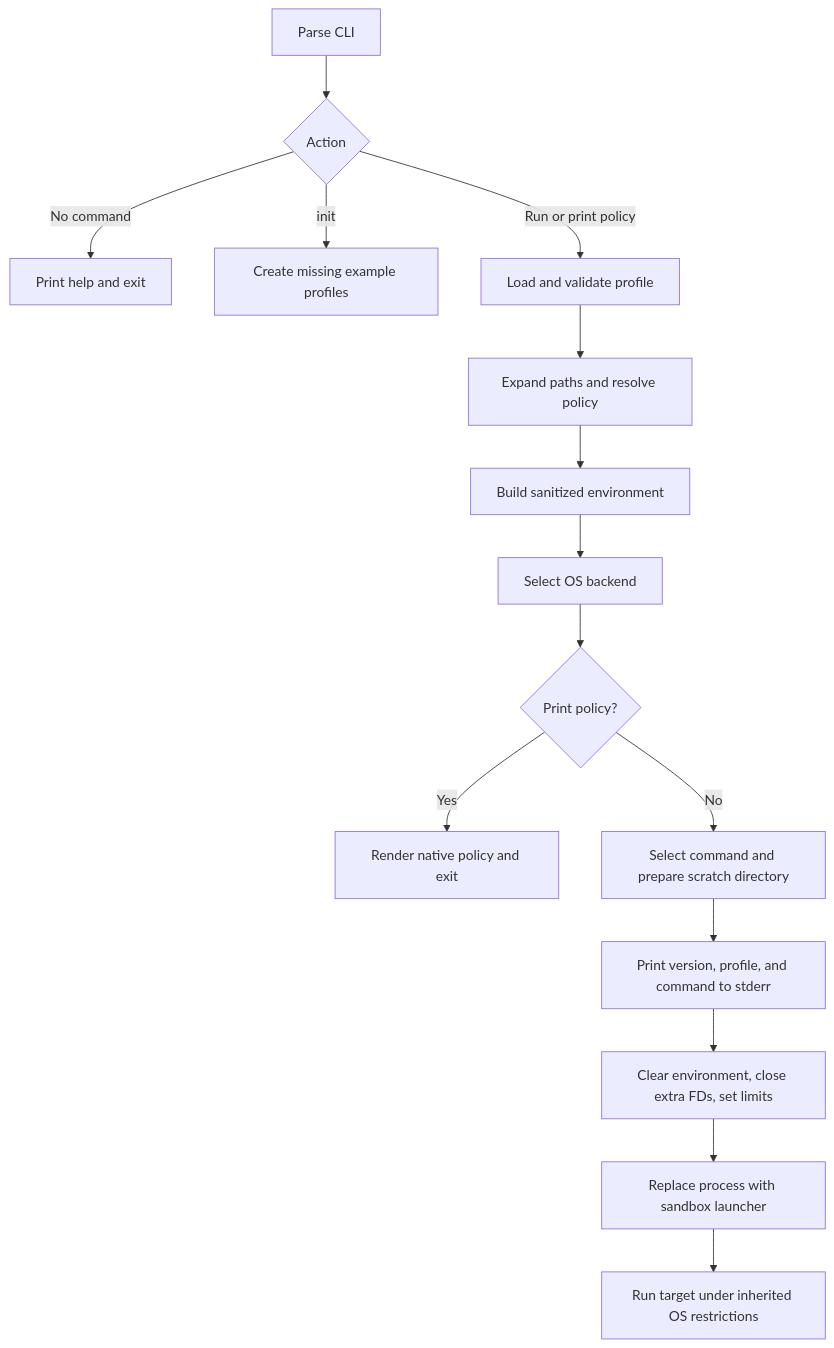
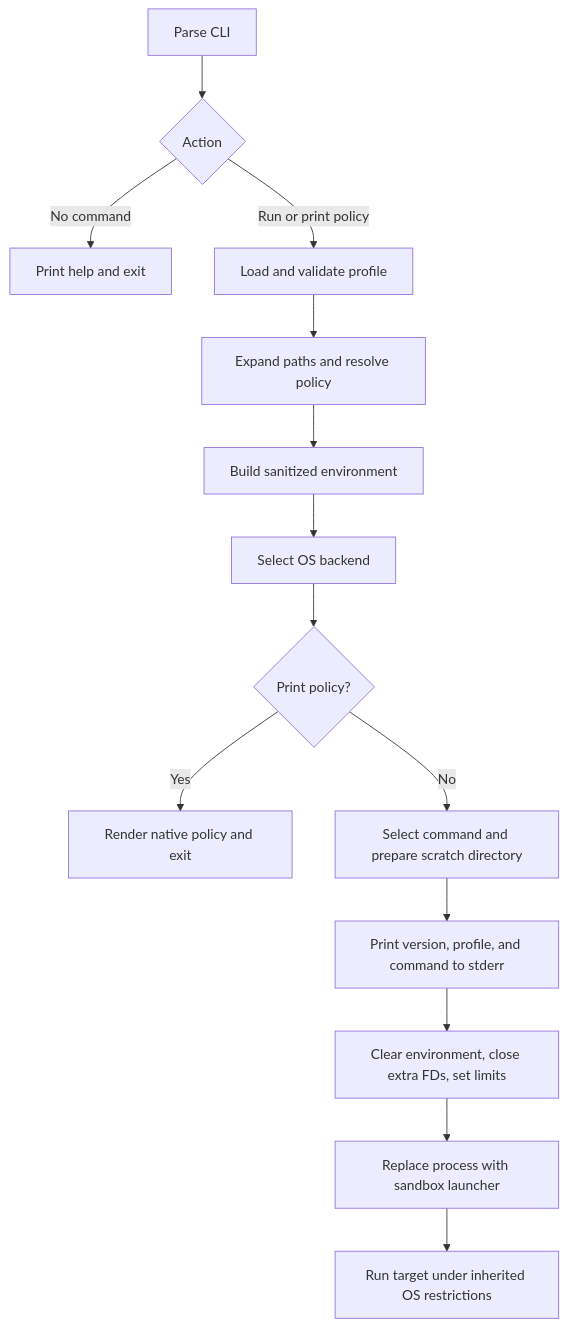
Before and after one commit to 0xfe/lilbox: the diagram in docs/design.md, drawn with Mermaid. The commit also changed other lines of this file and 17 other files, not shown here.

````diff
--- a/docs/design.md
+++ b/docs/design.md
@@ -60,17 +60,16 @@
 ```mermaid
 flowchart TD
     CLI[Parse CLI] --> Action{Action}
     Action -->|No command| Help[Print help and exit]
-    Action -->|init| Init[Create missing example profiles]
     Action -->|Run or print policy| Config[Load and validate profile]
     Config --> Policy[Expand paths and resolve policy]
     Policy --> Env[Build sanitized environment]
     Env --> Backend[Select OS backend]
     Backend --> Inspect{Print policy?}
     Inspect -->|Yes| Print[Render native policy and exit]
     Inspect -->|No| Prepare[Select command and prepare scratch directory]
     Prepare --> Summary[Print version, profile, and command to stderr]
     Summary --> Harden[Clear environment, close extra FDs, set limits]
     Harden --> Exec[Replace process with sandbox launcher]
     Exec --> Child[Run target under inherited OS restrictions]
 ```
````
